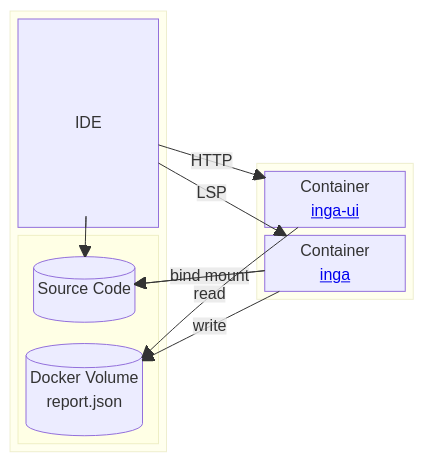
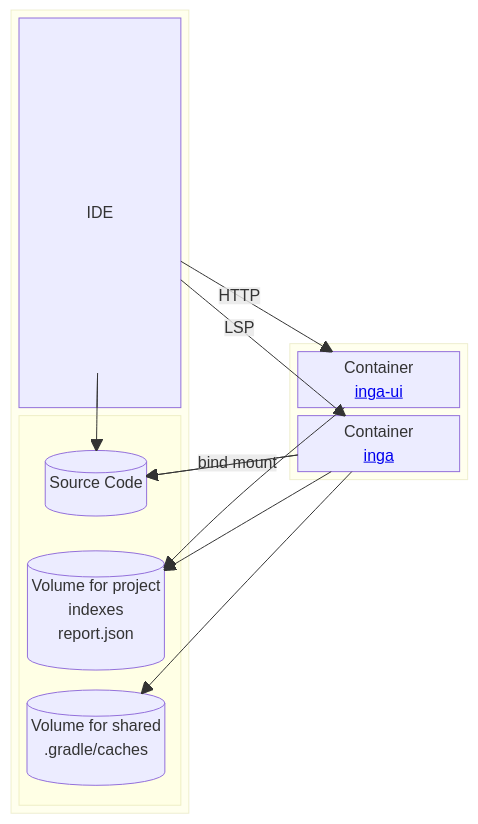
Before and after one commit to seachicken/intellij-inga: the diagram in docs/architecture.md, drawn with Mermaid. The commit also changed other lines of this file, not shown here.

````diff
--- a/docs/architecture.md
+++ b/docs/architecture.md
@@ -3,27 +5,29 @@
 ```mermaid
 block-beta
 columns 5
   block:Host:2
     columns 1
     IDE
     block
       columns 1
       Source[("Source Code")]
-      DockerVolume[("Docker Volume\nreport.json")]
+      DockerVolume_project[("Volume for project\nindexes\nreport.json")]
+      DockerVolume_shared[("Volume for shared\n.gradle/caches")]
     end
   end
   space
   block:Container:2
     columns 1
     inga_ui["Container\n<a href='https://github.com/seachicken/inga-ui'>inga-ui</a>"]
     inga["Container\n<a href='https://github.com/seachicken/inga'>inga</a>"]
   end
 
   IDE --> Source
   IDE -- "HTTP" --> inga_ui
   IDE -- "LSP" --> inga
   inga -- "bind mount" --> Source
-  inga_ui -- "read" --> DockerVolume
-  inga -- "write" --> DockerVolume
+  inga_ui --> DockerVolume_project
+  inga --> DockerVolume_project
+  inga --> DockerVolume_shared
   inga --> Source
 ```
````
